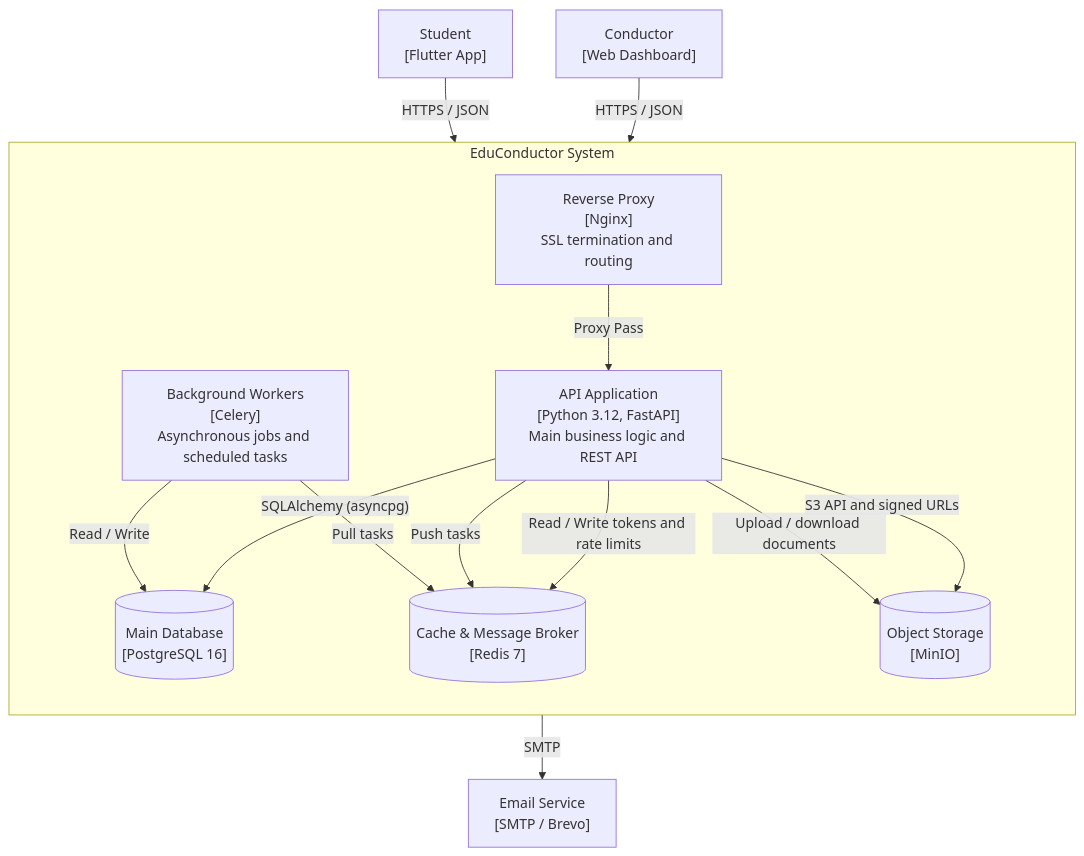
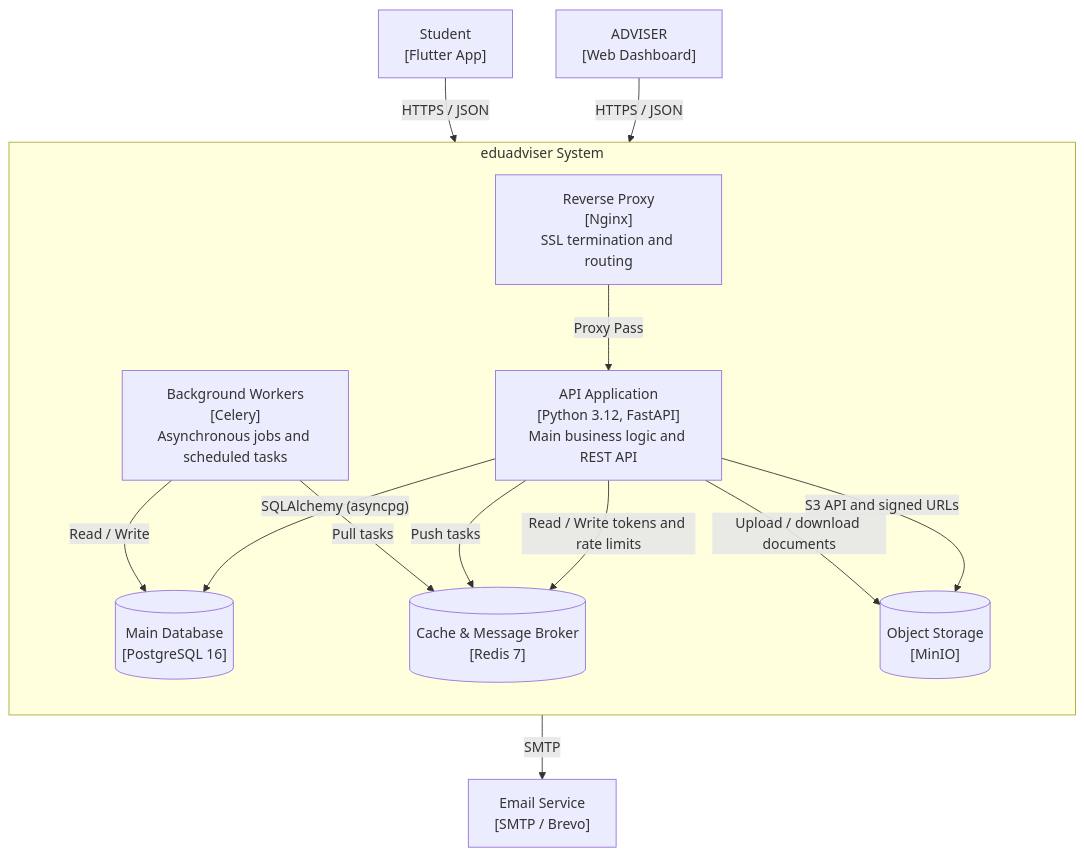
Before and after one commit to Shauenov/NovalEdu: the second of 2 diagrams in docs/ARCHITECTURE.md, drawn with Mermaid. The commit also changed other lines of this file and 79 other files, not shown here.

````diff
--- a/docs/ARCHITECTURE.md
+++ b/docs/ARCHITECTURE.md
@@ -31,32 +31,32 @@
 ```mermaid
 flowchart TB
     Student["Student\n[Flutter App]"]
-    Conductor["Conductor\n[Web Dashboard]"]
+    ADVISER["ADVISER\n[Web Dashboard]"]
     SMTP["Email Service\n[SMTP / Brevo]"]
 
-    subgraph EduConductor_System["EduConductor System"]
+    subgraph eduadviser_System["eduadviser System"]
         direction TB
 
         Nginx["Reverse Proxy\n[Nginx]\nSSL termination and routing"]
         API["API Application\n[Python 3.12, FastAPI]\nMain business logic and REST API"]
         DB[("Main Database\n[PostgreSQL 16]")]
         Cache[("Cache & Message Broker\n[Redis 7]")]
         Worker["Background Workers\n[Celery]\nAsynchronous jobs and scheduled tasks"]
         Storage[("Object Storage\n[MinIO]")]
     end
 
     Student -->|"HTTPS / JSON"| Nginx
-    Conductor -->|"HTTPS / JSON"| Nginx
+    ADVISER -->|"HTTPS / JSON"| Nginx
 
     Nginx -->|"Proxy Pass"| API
 
     API -->|"SQLAlchemy (asyncpg)"| DB
     API -->|"Read / Write tokens and rate limits"| Cache
     API -->|"Push tasks"| Cache
     API -->|"S3 API and signed URLs"| Storage
     API -->|"Upload / download documents"| Storage
 
     Worker -->|"Pull tasks"| Cache
     Worker -->|"Read / Write"| DB
     Worker -->|"SMTP"| SMTP
 ```
````
